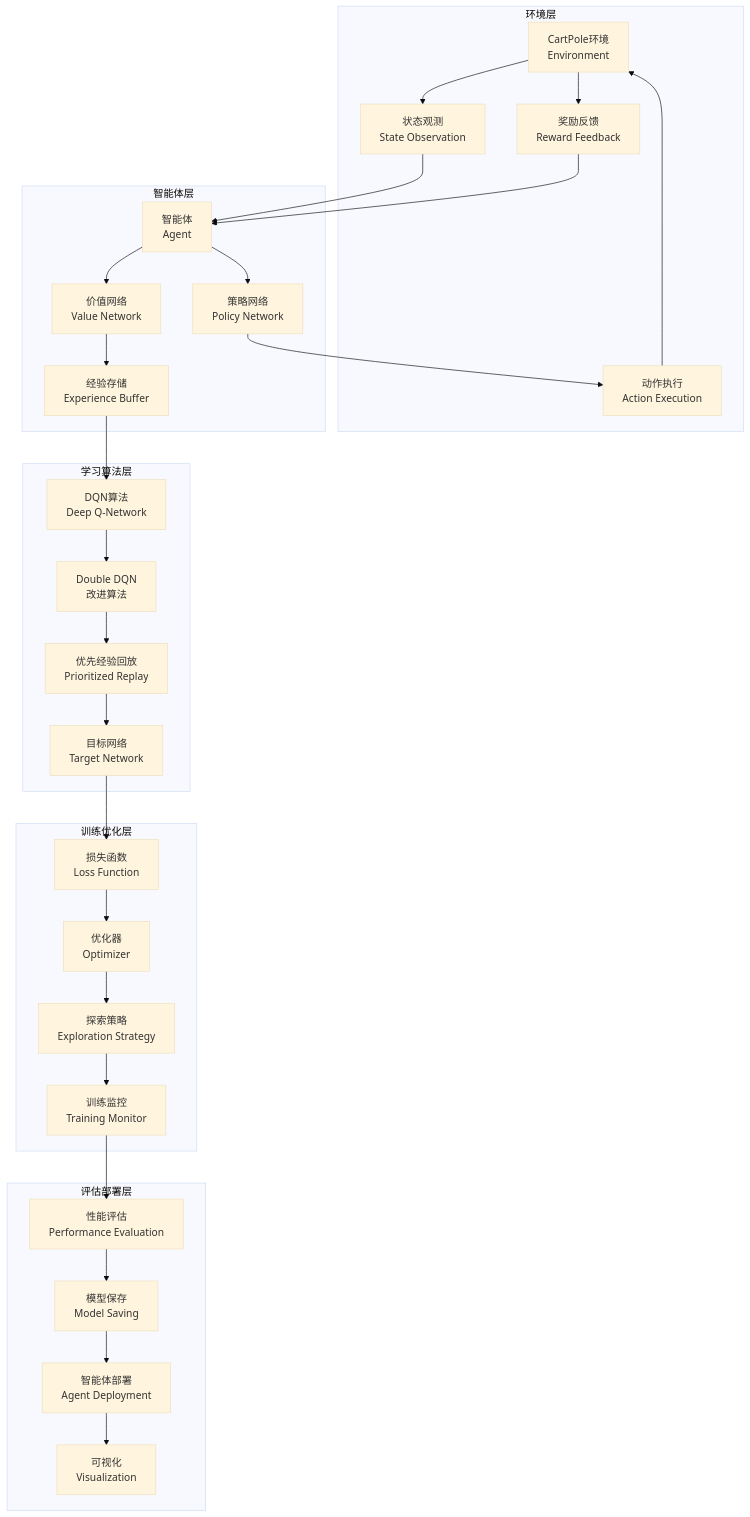
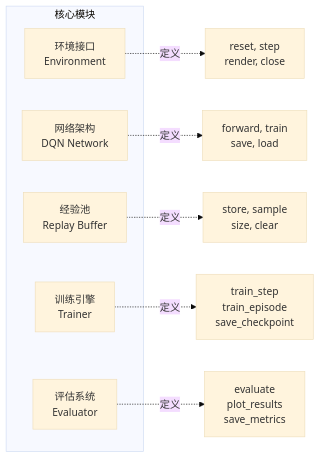
The fifth of 9 diagrams in book/part1-deep-learning/chapter10-reinforcement-learning/10.6-comprehensive-project-building-a-cartpole-game-agent.md (Leavesfly/TinyAI), drawn with Mermaid (base theme) before and after one commit. The commit also changed other lines of this file and 6 other files, not shown here.

````diff
--- a/book/part1-deep-learning/chapter10-reinforcement-learning/10.6-comprehensive-project-building-a-cartpole-game-agent.md
+++ b/book/part1-deep-learning/chapter10-reinforcement-learning/10.6-comprehensive-project-building-a-cartpole-game-agent.md
@@ -15,59 +147,16 @@
 ```mermaid
-graph TB
-    subgraph "环境层"
-        A[CartPole环境<br/>Environment]
-        B[状态观测<br/>State Observation]
-        C[动作执行<br/>Action Execution]
-        D[奖励反馈<br/>Reward Feedback]
+graph LR
+    subgraph 核心模块
+        M1[环境接口<br/>Environment]
+        M2[网络架构<br/>DQN Network]
+        M3[经验池<br/>Replay Buffer]
+        M4[训练引擎<br/>Trainer]
+        M5[评估系统<br/>Evaluator]
     end
     
-    subgraph "智能体层"
-        E[智能体<br/>Agent]
-        F[策略网络<br/>Policy Network]
-        G[价值网络<br/>Value Network]
-        H[经验存储<br/>Experience Buffer]
-    end
-    
-    subgraph "学习算法层"
-        I[DQN算法<br/>Deep Q-Network]
-        J[Double DQN<br/>改进算法]
-        K[优先经验回放<br/>Prioritized Replay]
-        L[目标网络<br/>Target Network]
-    end
-    
-    subgraph "训练优化层"
-        M[损失函数<br/>Loss Function]
-        N[优化器<br/>Optimizer]
-        O[探索策略<br/>Exploration Strategy]
-        P[训练监控<br/>Training Monitor]
-    end
-    
-    subgraph "评估部署层"
-        Q[性能评估<br/>Performance Evaluation]
-        R[模型保存<br/>Model Saving]
-        S[智能体部署<br/>Agent Deployment]
-        T[可视化<br/>Visualization]
-    end
-    
-    A --> B
-    B --> E
-    E --> F
-    F --> C
-    C --> A
-    A --> D
-    D --> E
-    E --> G
-    G --> H
-    H --> I
-    I --> J
-    J --> K
-    K --> L
-    L --> M
-    M --> N
-    N --> O
-    O --> P
-    P --> Q
-    Q --> R
-    R --> S
-    S --> T
+    M1 -.定义.-> I1[reset, step<br/>render, close]
+    M2 -.定义.-> I2[forward, train<br/>save, load]
+    M3 -.定义.-> I3[store, sample<br/>size, clear]
+    M4 -.定义.-> I4[train_step<br/>train_episode<br/>save_checkpoint]
+    M5 -.定义.-> I5[evaluate<br/>plot_results<br/>save_metrics]
 ```
````
